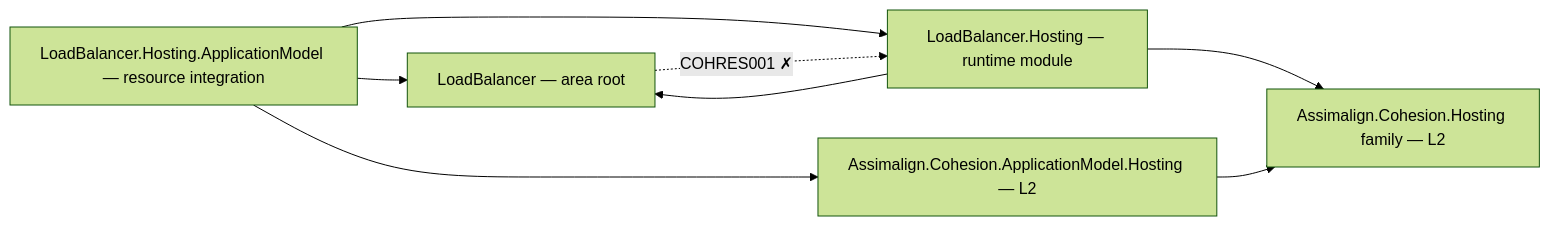
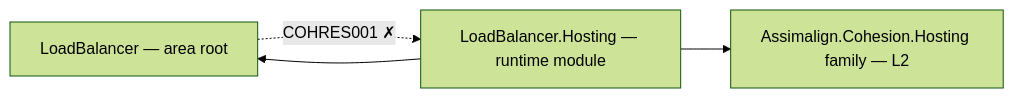
The diagram in resources/LoadBalancer/README.md (assimalign/cohesion), drawn with Mermaid (forest theme) before and after one commit. The commit also changed other lines of this file and 141 other files, not shown here.

First line of the commit message:
docs(application-model): remove the old model from rules and docs

````diff
--- a/resources/LoadBalancer/README.md
+++ b/resources/LoadBalancer/README.md
@@ -12,15 +12,9 @@
 ```mermaid
 flowchart LR
     P0["LoadBalancer — area root"]
     P2["LoadBalancer.Hosting — runtime module"]
-    PAM["LoadBalancer.Hosting.ApplicationModel — resource integration"]
-    AMH["Assimalign.Cohesion.ApplicationModel.Hosting — L2"]
     HOSTFAM["Assimalign.Cohesion.Hosting family — L2"]
     P2 --> HOSTFAM
     P2 --> P0
-    PAM --> P2
-    PAM --> P0
-    PAM --> AMH
-    AMH --> HOSTFAM
     P0 -.->|"COHRES001 ✗"| P2
 ```
````
